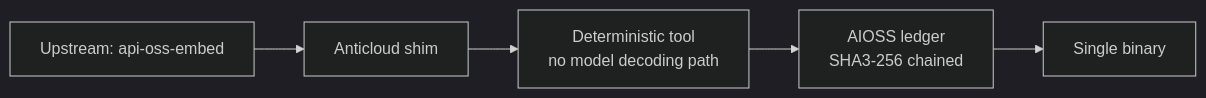
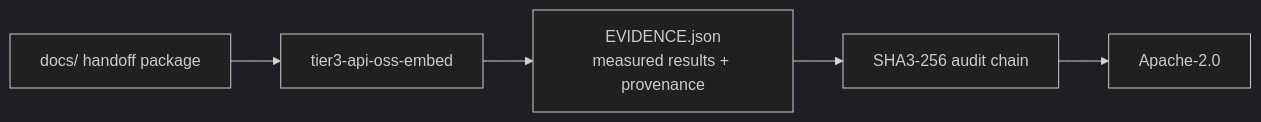
One commit to the-anticloud/tier3-api-oss-embed changed the diagram in README.md. Above: the diagram before and after it, drawn with Mermaid (dark theme). The commit also changed other lines of this file and 10 other files, not shown here.

````diff
--- a/README.md
+++ b/README.md
@@ -11,7 +22,7 @@
 ```mermaid
 graph LR
-    U[Upstream: api-oss-embed] --> S[Anticloud shim]
-    S --> T[Deterministic tool<br/>no model decoding path]
-    T --> A[AIOSS ledger<br/>SHA3-256 chained]
-    A --> B[Single binary]
+    D[docs/ handoff package] --> R[tier3-api-oss-embed]
+    R --> E[EVIDENCE.json\nmeasured results + provenance]
+    E --> A[SHA3-256 audit chain]
+    A --> L[Apache-2.0]
 ```
````
